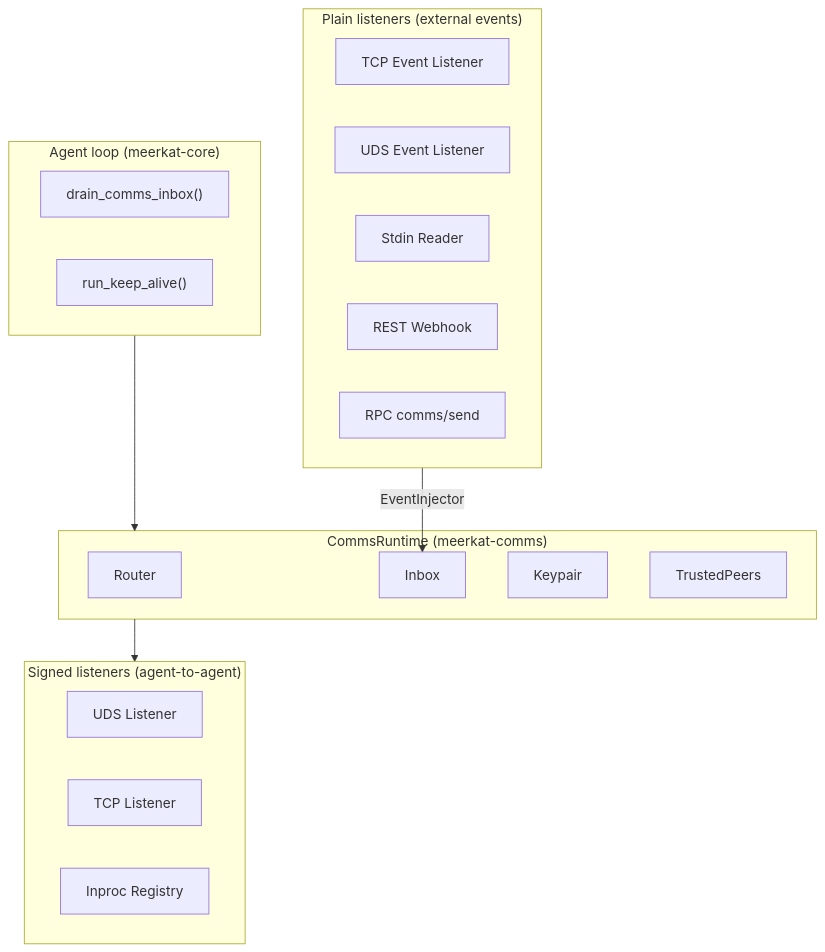
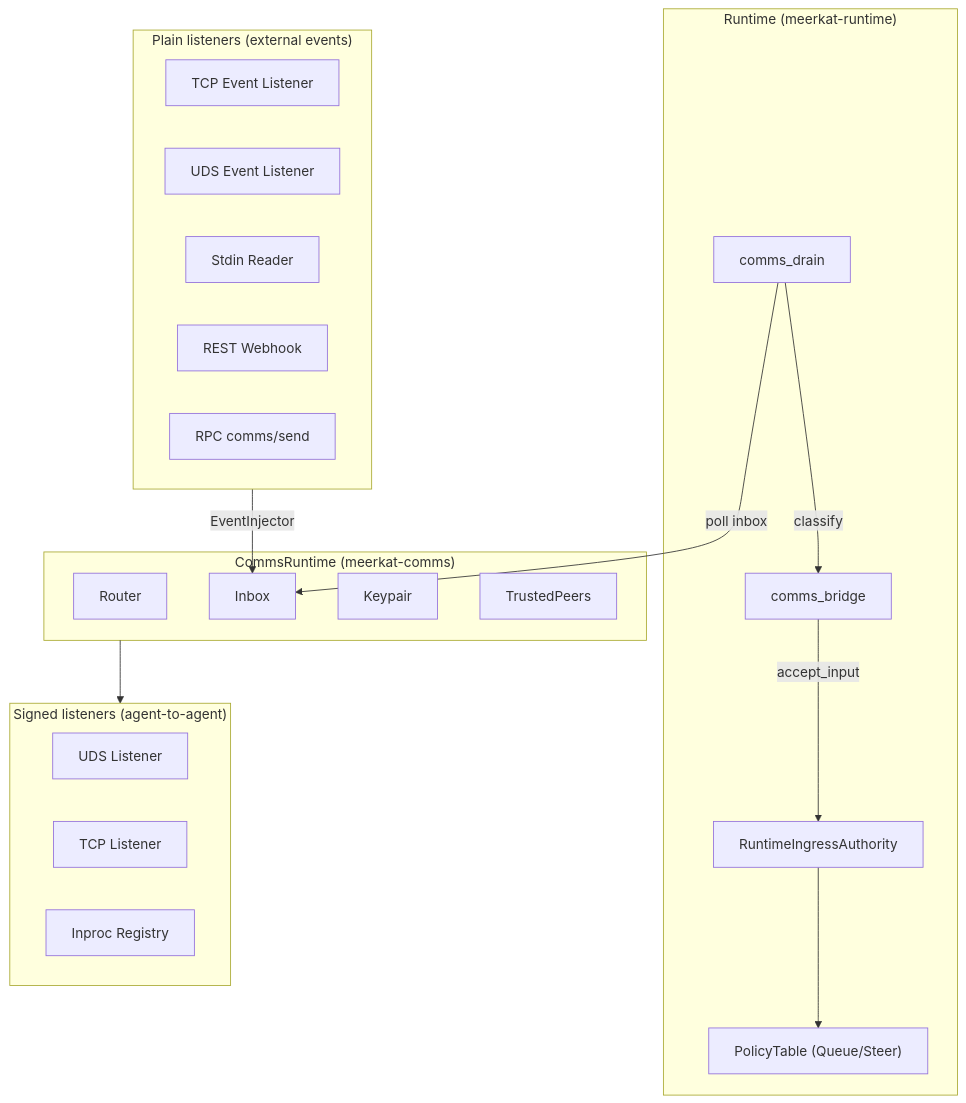
The diagram in docs/guides/comms.mdx (lukacf/meerkat), drawn with Mermaid before and after one commit. The commit also changed other lines of this file and 23 other files, not shown here.

````diff
--- a/docs/guides/comms.mdx
+++ b/docs/guides/comms.mdx
@@ -28,33 +28,38 @@
 ```mermaid
 graph TD
-    subgraph agent["Agent loop (meerkat-core)"]
-        DRAIN["drain_comms_inbox()"]
-        HOST["run_keep_alive()"]
+    subgraph rt["Runtime (meerkat-runtime)"]
+        DRAIN["comms_drain"]
+        BRIDGE["comms_bridge"]
+        INGRESS["RuntimeIngressAuthority"]
+        POLICY["PolicyTable (Queue/Steer)"]
     end
 
-    subgraph runtime["CommsRuntime (meerkat-comms)"]
+    subgraph comms["CommsRuntime (meerkat-comms)"]
         ROUTER["Router"]
         INBOX["Inbox"]
         KP["Keypair"]
         TP["TrustedPeers"]
     end
 
-    agent --> runtime
+    DRAIN -->|"poll inbox"| INBOX
+    DRAIN -->|"classify"| BRIDGE
+    BRIDGE -->|"accept_input"| INGRESS
+    INGRESS --> POLICY
 
     subgraph signed["Signed listeners (agent-to-agent)"]
         UDS["UDS Listener"]
         TCP["TCP Listener"]
         INPROC["Inproc Registry"]
     end
 
     subgraph plain["Plain listeners (external events)"]
         PTCP["TCP Event Listener"]
         PUDS["UDS Event Listener"]
         STDIN["Stdin Reader"]
         WEBHOOK["REST Webhook"]
         RPC_EVT["RPC comms/send"]
     end
 
-    runtime --> signed
+    comms --> signed
     plain -->|"EventInjector"| INBOX
 ```
````
